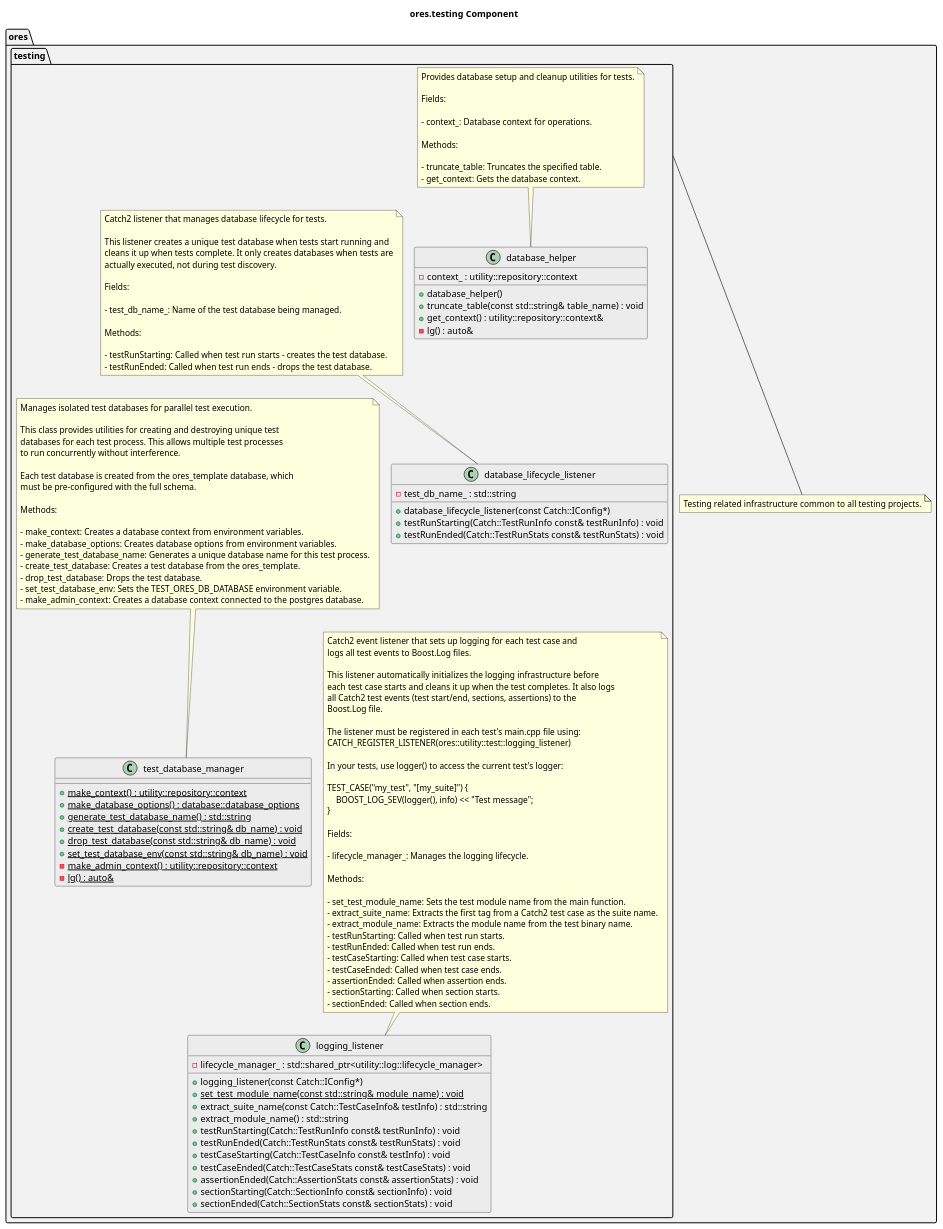
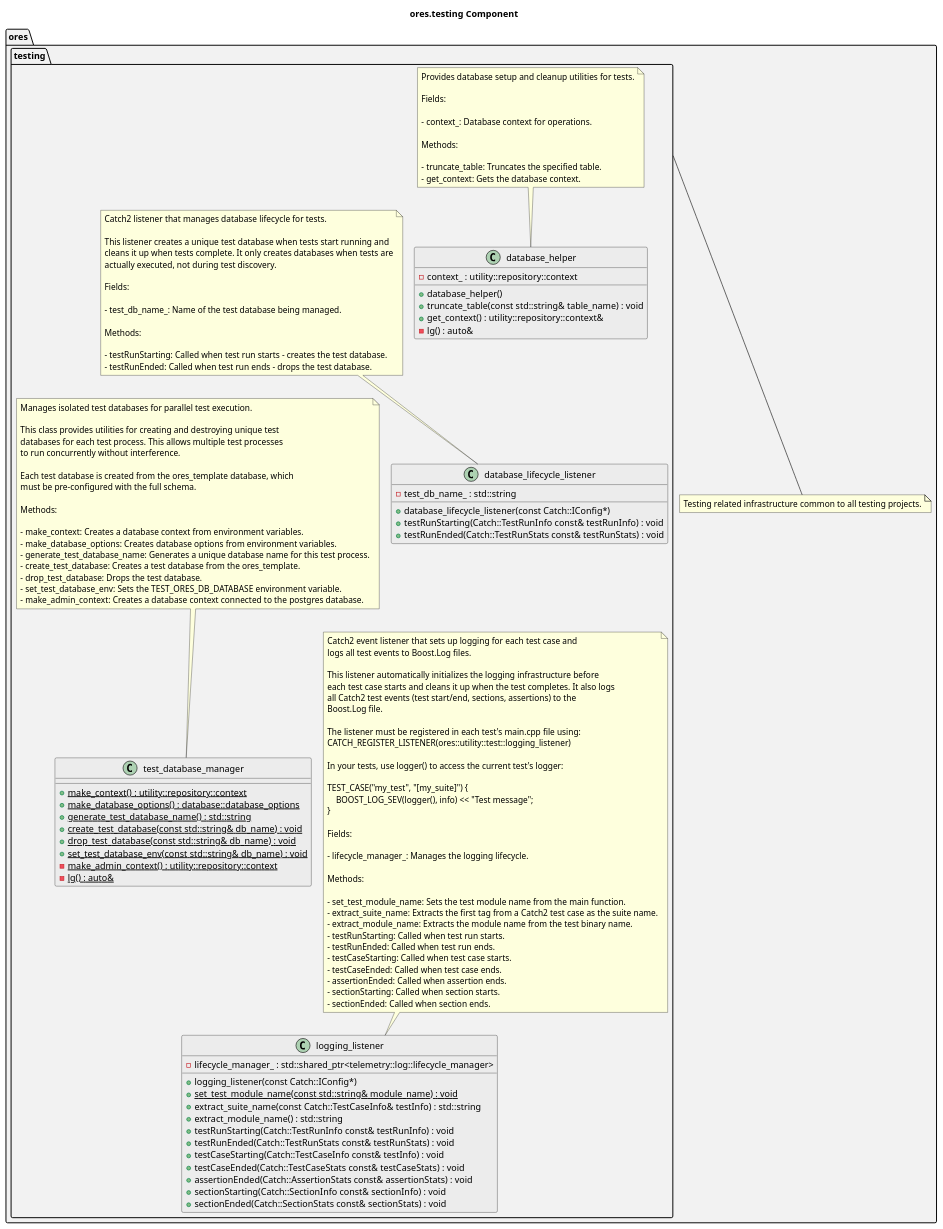
Before and after one commit to OreStudio/OreStudio: the diagram in projects/ores.testing/modeling/ores.testing.puml, drawn with PlantUML. The commit also changed 3 other files, not shown here.

First line of the commit message:
[docs] Update PlantUML diagrams to use telemetry::log namespace

```diff
--- a/projects/ores.testing/modeling/ores.testing.puml
+++ b/projects/ores.testing/modeling/ores.testing.puml
@@ -17,170 +17,170 @@
 @startuml
 !pragma layout smetana
 
 title ores.testing Component
 
 set namespaceSeparator ::
 
 namespace ores #F2F2F2 {
     note "Testing related infrastructure common to all testing projects." as ores_testing_note
     testing --- ores_testing_note
     namespace testing #F2F2F2 {
         '
         ' Layout groupings
         '
 
         ' Group: Database utilities
         together {
             class database_helper
             class database_lifecycle_listener
             class test_database_manager
         }
 
         ' Group: Logging
         together {
             class logging_listener
         }
 
         ' Stack vertically
         database_helper -[hidden]down- database_lifecycle_listener
         database_lifecycle_listener -[hidden]down- test_database_manager
         test_database_manager -[hidden]down- logging_listener
 
         '
         ' Class definitions
         '
 
         class database_helper #ECECEC {
             +database_helper()
             +truncate_table(const std::string& table_name) : void
             +get_context() : utility::repository::context&
             -{method} lg() : auto&
             -{field} context_ : utility::repository::context
         }
 
         note top of database_helper
         Provides database setup and cleanup utilities for tests.
 
         Fields:
 
         - context_: Database context for operations.
 
         Methods:
 
         - truncate_table: Truncates the specified table.
         - get_context: Gets the database context.
         end note
 
         class database_lifecycle_listener #ECECEC {
             +database_lifecycle_listener(const Catch::IConfig*)
             +testRunStarting(Catch::TestRunInfo const& testRunInfo) : void
             +testRunEnded(Catch::TestRunStats const& testRunStats) : void
             -{field} test_db_name_ : std::string
         }
 
         note top of database_lifecycle_listener
         Catch2 listener that manages database lifecycle for tests.
 
         This listener creates a unique test database when tests start running and
         cleans it up when tests complete. It only creates databases when tests are
         actually executed, not during test discovery.
 
         Fields:
 
         - test_db_name_: Name of the test database being managed.
 
         Methods:
 
         - testRunStarting: Called when test run starts - creates the test database.
         - testRunEnded: Called when test run ends - drops the test database.
         end note
 
         class logging_listener #ECECEC {
             +logging_listener(const Catch::IConfig*)
             +{static} set_test_module_name(const std::string& module_name) : void
             +extract_suite_name(const Catch::TestCaseInfo& testInfo) : std::string
             +extract_module_name() : std::string
             +testRunStarting(Catch::TestRunInfo const& testRunInfo) : void
             +testRunEnded(Catch::TestRunStats const& testRunStats) : void
             +testCaseStarting(Catch::TestCaseInfo const& testInfo) : void
             +testCaseEnded(Catch::TestCaseStats const& testCaseStats) : void
             +assertionEnded(Catch::AssertionStats const& assertionStats) : void
             +sectionStarting(Catch::SectionInfo const& sectionInfo) : void
             +sectionEnded(Catch::SectionStats const& sectionStats) : void
-            -{field} lifecycle_manager_ : std::shared_ptr<utility::log::lifecycle_manager>
+            -{field} lifecycle_manager_ : std::shared_ptr<telemetry::log::lifecycle_manager>
         }
 
         note top of logging_listener
         Catch2 event listener that sets up logging for each test case and
         logs all test events to Boost.Log files.
 
         This listener automatically initializes the logging infrastructure before
         each test case starts and cleans it up when the test completes. It also logs
         all Catch2 test events (test start/end, sections, assertions) to the
         Boost.Log file.
 
         The listener must be registered in each test's main.cpp file using:
         CATCH_REGISTER_LISTENER(ores::utility::test::logging_listener)
 
         In your tests, use logger() to access the current test's logger:
 
         TEST_CASE("my_test", "[my_suite]") {
             BOOST_LOG_SEV(logger(), info) << "Test message";
         }
 
         Fields:
 
         - lifecycle_manager_: Manages the logging lifecycle.
 
         Methods:
 
         - set_test_module_name: Sets the test module name from the main function.
         - extract_suite_name: Extracts the first tag from a Catch2 test case as the suite name.
         - extract_module_name: Extracts the module name from the test binary name.
         - testRunStarting: Called when test run starts.
         - testRunEnded: Called when test run ends.
         - testCaseStarting: Called when test case starts.
         - testCaseEnded: Called when test case ends.
         - assertionEnded: Called when assertion ends.
         - sectionStarting: Called when section starts.
         - sectionEnded: Called when section ends.
         end note
 
         class test_database_manager #ECECEC {
             +{static} make_context() : utility::repository::context
             +{static} make_database_options() : database::database_options
             +{static} generate_test_database_name() : std::string
             +{static} create_test_database(const std::string& db_name) : void
             +{static} drop_test_database(const std::string& db_name) : void
             +{static} set_test_database_env(const std::string& db_name) : void
             -{static} make_admin_context() : utility::repository::context
             -{static} lg() : auto&
         }
 
         note top of test_database_manager
         Manages isolated test databases for parallel test execution.
 
         This class provides utilities for creating and destroying unique test
         databases for each test process. This allows multiple test processes
         to run concurrently without interference.
 
         Each test database is created from the ores_template database, which
         must be pre-configured with the full schema.
 
         Methods:
 
         - make_context: Creates a database context from environment variables.
         - make_database_options: Creates database options from environment variables.
         - generate_test_database_name: Generates a unique database name for this test process.
         - create_test_database: Creates a test database from the ores_template.
         - drop_test_database: Drops the test database.
         - set_test_database_env: Sets the TEST_ORES_DB_DATABASE environment variable.
         - make_admin_context: Creates a database context connected to the postgres database.
         end note
     }
 }
 
 ' Local Variables:
 ' compile-command: "java -Djava.awt.headless=true -DPLANTUML_SECURITY_PROFILE=UNSECURE -DPLANTUML_LIMIT_SIZE=65535 -jar /usr/share/plantuml/plantuml.jar ores.testing.puml"
 ' End:
 @enduml
```
